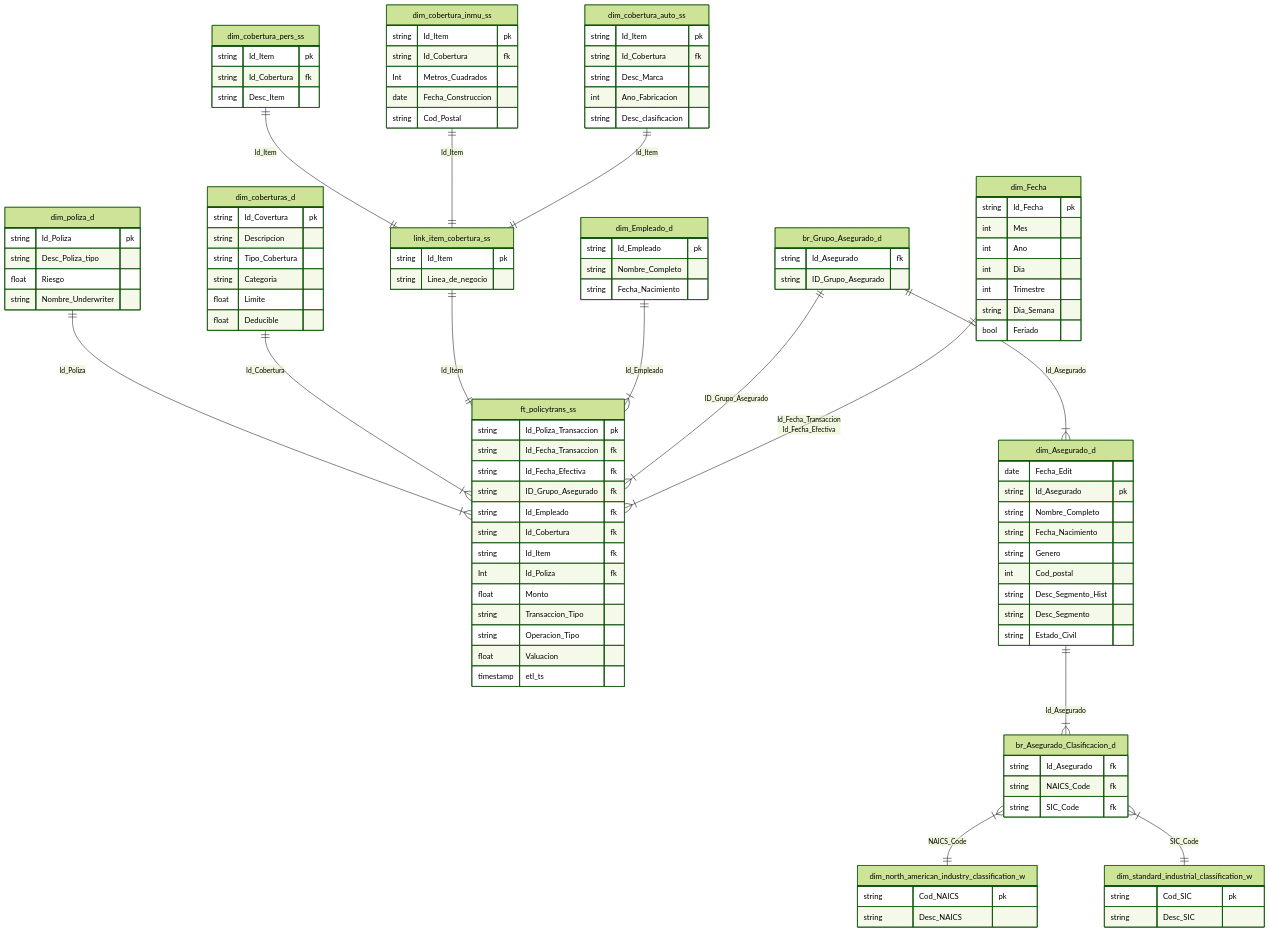
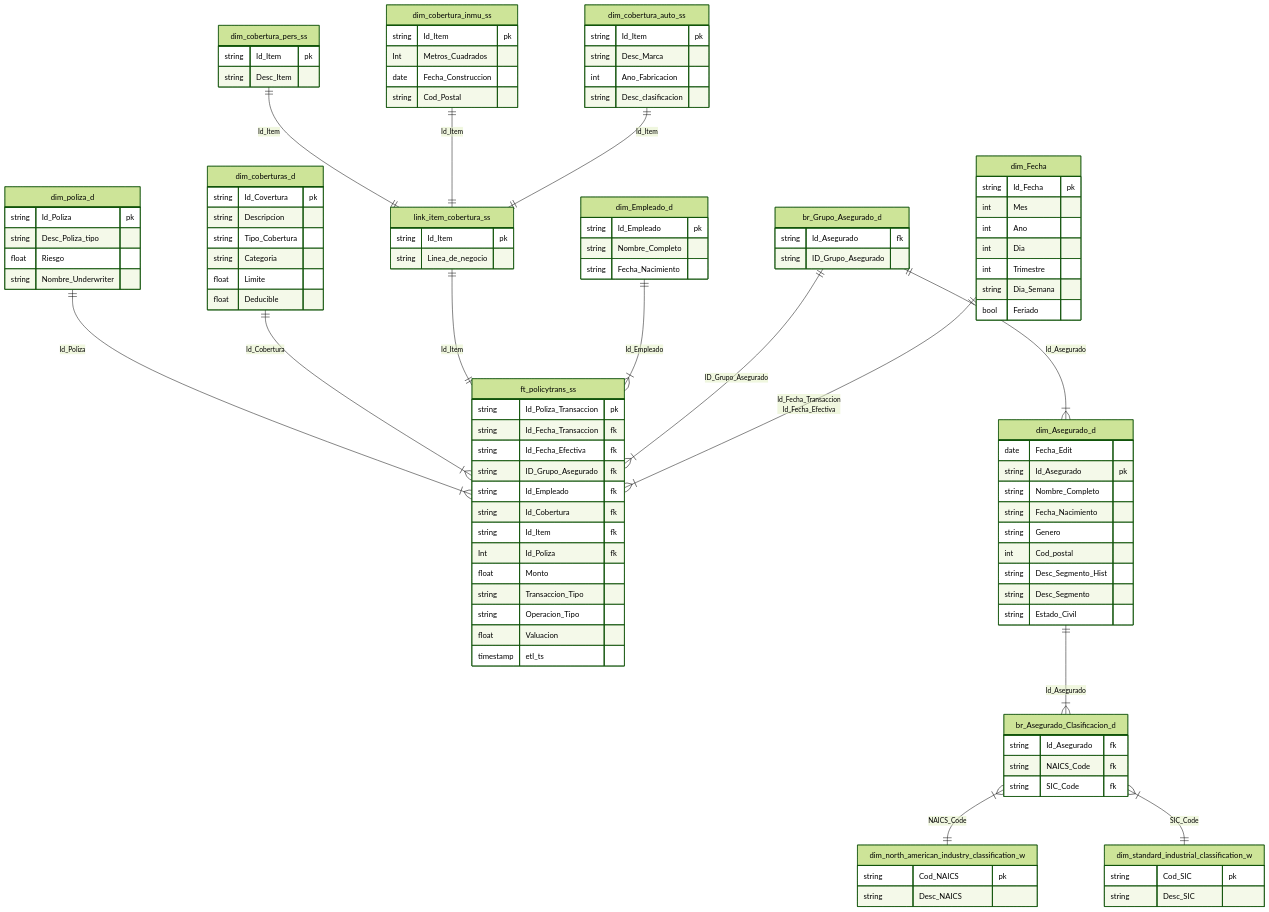
Before and after one commit to Facu4798/tps_ml2: the diagram in coloquio bi/policy_transaction_fact.mermaid, drawn with Mermaid (forest theme).

```diff
--- a/coloquio bi/policy_transaction_fact.mermaid
+++ b/coloquio bi/policy_transaction_fact.mermaid
@@ -1,161 +1,158 @@
 
 erDiagram
 
 
 %% fact table relationships
 dim_Fecha ||--|{ ft_policytrans_ss: 
     "Id_Fecha_Transaccion
     Id_Fecha_Efectiva"
 br_Grupo_Asegurado_d ||--|{ ft_policytrans_ss: ID_Grupo_Asegurado
 br_Grupo_Asegurado_d ||--|{ dim_Asegurado_d: Id_Asegurado
 dim_Empleado_d ||--|{ ft_policytrans_ss: Id_Empleado
 %% Supertypes and subtypes
 link_item_cobertura_ss ||--|| ft_policytrans_ss: Id_Item
 dim_cobertura_auto_ss ||--|| link_item_cobertura_ss: Id_Item
 dim_cobertura_inmu_ss ||--|| link_item_cobertura_ss: Id_Item
 dim_cobertura_pers_ss ||--|| link_item_cobertura_ss: Id_Item
 
 %% multivalued dimension
 dim_Asegurado_d ||--|{ br_Asegurado_Clasificacion_d: Id_Asegurado
 br_Asegurado_Clasificacion_d }|--|| dim_north_american_industry_classification_w: NAICS_Code
 br_Asegurado_Clasificacion_d }|--|| dim_standard_industrial_classification_w: SIC_Code
 
 %% fact description
 dim_coberturas_d ||--|{ ft_policytrans_ss: Id_Cobertura
 
 %% no longer degerate
 dim_poliza_d ||--|{ ft_policytrans_ss: Id_Poliza
 
 
 %% ft: facto, ss: frecuencia carga(segundos)
 ft_policytrans_ss {
     string Id_Poliza_Transaccion pk 
     string Id_Fecha_Transaccion fk   
     string Id_Fecha_Efectiva fk     
     string ID_Grupo_Asegurado fk
     string Id_Empleado fk
     string Id_Cobertura fk
     string Id_Item fk
     Int Id_Poliza fk
     float Monto
     string Transaccion_Tipo
     string Operacion_Tipo 
     float Valuacion
     timestamp etl_ts
 }
 
 
 %% Dimension Role Playing
 dim_Fecha {
     string Id_Fecha pk
     int Mes
     int Ano
     int Dia
     int Trimestre
     string Dia_Semana
     bool Feriado
 }
 
 
 
 %% MULTIVALUED DIMENSION ATTRIBUTES (with bridge)
 
 br_Grupo_Asegurado_d {
     string Id_Asegurado fk
     string ID_Grupo_Asegurado
 }
 
 
 
 dim_Asegurado_d {
     date Fecha_Edit
     string Id_Asegurado pk
     string Nombre_Completo
     string Fecha_Nacimiento 
     string Genero
     int Cod_postal
     string Desc_Segmento_Hist
     string Desc_Segmento
     string Estado_Civil
 }
 
 %% Bridge
 br_Asegurado_Clasificacion_d {
     string Id_Asegurado fk
     string NAICS_Code fk
     string SIC_Code fk
 }
 
 dim_north_american_industry_classification_w {
     string Cod_NAICS pk
     string Desc_NAICS
 }
 
 dim_standard_industrial_classification_w {
     string Cod_SIC pk
     string Desc_SIC
 }
 
 
 
 
 
 %% SUPERTYPES AND SUBTYPES
 
 %% SUPERTYPE
 link_item_cobertura_ss {
     string Id_Item pk
     string Linea_de_negocio
 }
 
 %% SUBTYPE
 dim_cobertura_auto_ss {
     string Id_Item pk
-    string Id_Cobertura fk
     string Desc_Marca
     int Ano_Fabricacion
     string Desc_clasificacion
 }
 
 %% SUBTYPE
 dim_cobertura_inmu_ss {
     string Id_Item pk
-    string Id_Cobertura fk
     Int Metros_Cuadrados
     date Fecha_Construccion
     string Cod_Postal
 }
 
 %% SUBTYPE
 dim_cobertura_pers_ss {
     string Id_Item pk
-    string Id_Cobertura fk
     string Desc_Item
 }
 
 
 
 %% Coverages descriptiva
 dim_coberturas_d {
     string Id_Covertura pk
     string Descripcion
     string Tipo_Cobertura
     string Categoria
     float Limite
     float Deducible
 }
 
 
 %% no longer degerate
 dim_poliza_d{
     string Id_Poliza pk
     string Desc_Poliza_tipo
     float Riesgo
     string Nombre_Underwriter
 }
 
 dim_Empleado_d {
     string Id_Empleado pk
     string Nombre_Completo
     string Fecha_Nacimiento
 }
```
